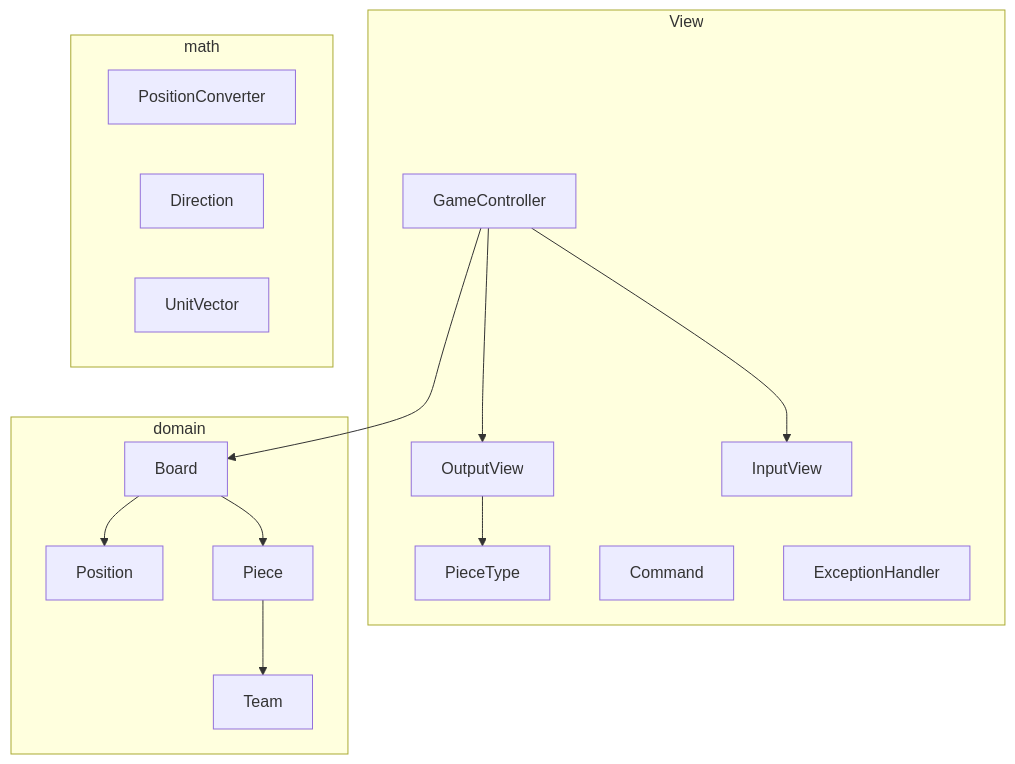
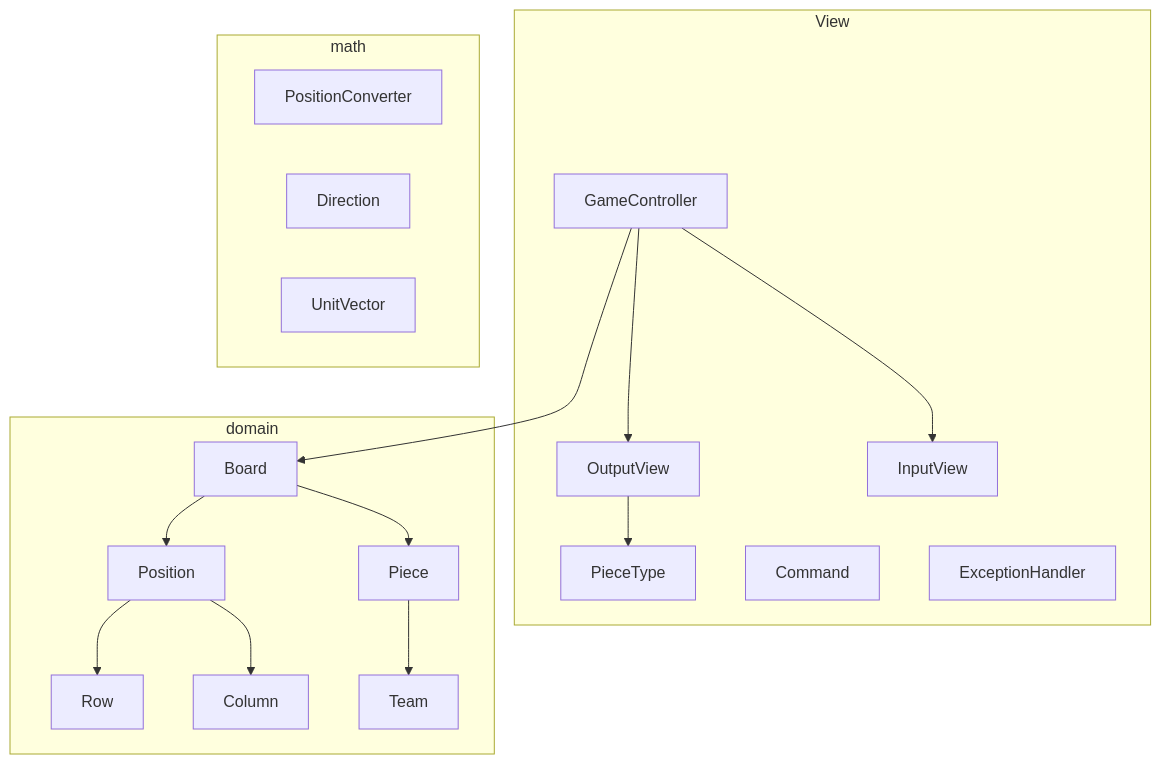
One commit to woowacourse/java-chess changed the diagram in README.md. Above: the diagram before and after it, drawn with Mermaid. The commit also changed 18 other files, not shown here.

Commit message:
feat: Row, Column 래퍼 클래스 추가

````diff
--- a/README.md
+++ b/README.md
@@ -9,23 +9,25 @@
 ```mermaid
 graph TD
     subgraph View
         GameController --> OutputView
         GameController --> InputView
         OutputView --> PieceType
         Command
         ExceptionHandler
     end
 
     subgraph domain
         GameController --> Board
         Board --> Position
+        Position --> Row
+        Position --> Column
         Board --> Piece
         Piece --> Team
     end
 
     subgraph math
         PositionConverter
         Direction
         UnitVector
     end
 ```
````
